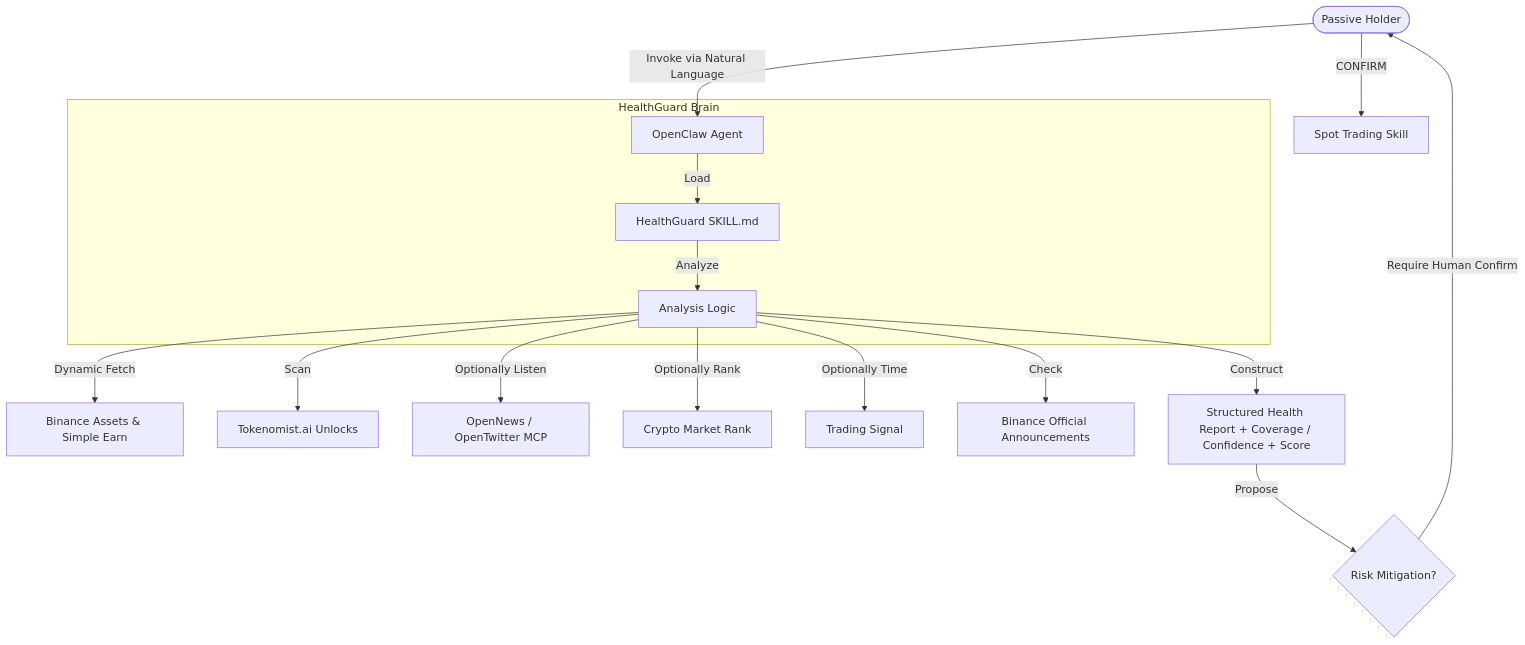
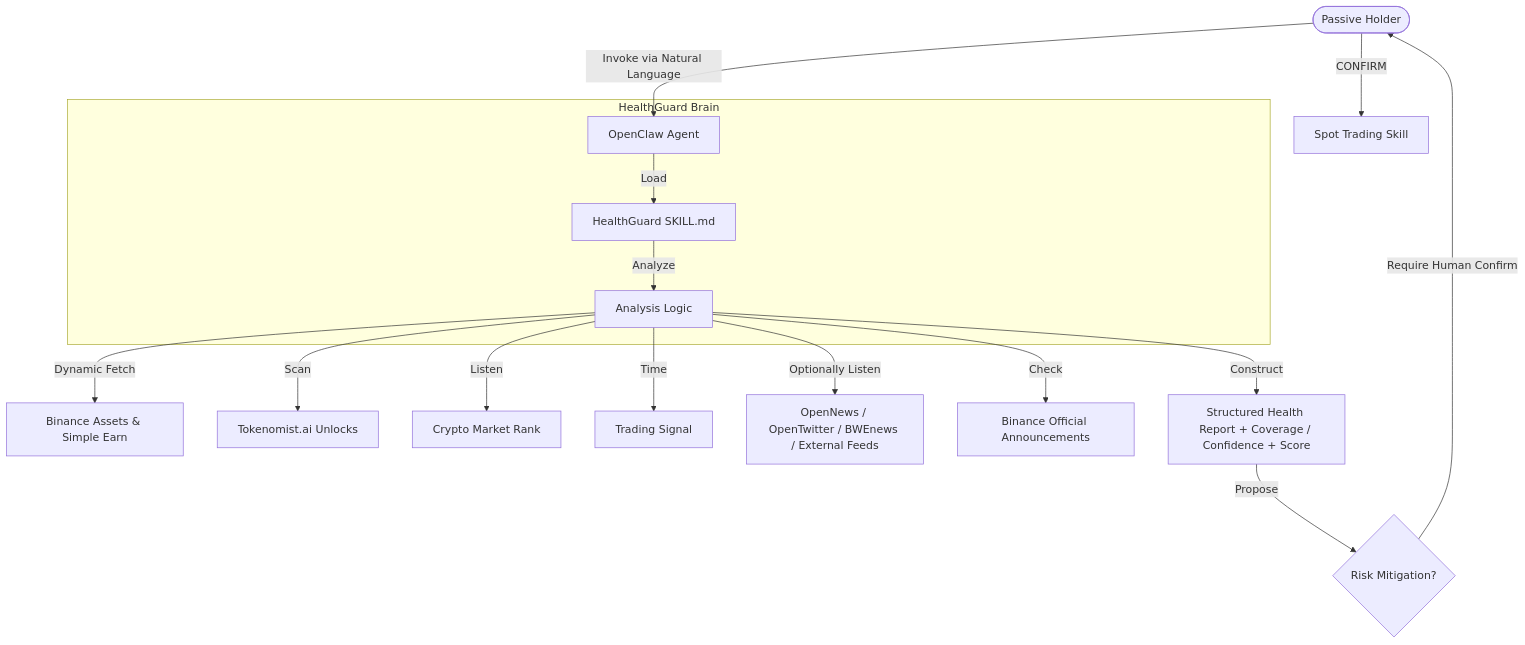
Before and after one commit to funnys1r/Binance-HealthGuard: the diagram in docs/ARCHITECTURE.md, drawn with Mermaid. The commit also changed 3 other files, not shown here.

Commit message:
docs: reclassify market rank and trading signal as core skills

````diff
--- a/docs/ARCHITECTURE.md
+++ b/docs/ARCHITECTURE.md
@@ -6,19 +6,19 @@
 ```mermaid
 graph TD
     User([Passive Holder]) -->|Invoke via Natural Language| Agent[OpenClaw Agent]
     subgraph HealthGuard Brain
         Agent -->|Load| SkillSet[HealthGuard SKILL.md]
         SkillSet -->|Analyze| Orchestrator[Analysis Logic]
     end
     Orchestrator -->|Dynamic Fetch| Assets[Binance Assets & Simple Earn]
     Orchestrator -->|Scan| Economic[Tokenomist.ai Unlocks]
-    Orchestrator -->|Optionally Listen| Social[OpenNews / OpenTwitter MCP]
-    Orchestrator -->|Optionally Rank| Rank[Crypto Market Rank]
-    Orchestrator -->|Optionally Time| Signal[Trading Signal]
+    Orchestrator -->|Listen| CoreRank[Crypto Market Rank]
+    Orchestrator -->|Time| CoreSignal[Trading Signal]
+    Orchestrator -->|Optionally Listen| Social[OpenNews / OpenTwitter / BWEnews / External Feeds]
     Orchestrator -->|Check| Official[Binance Official Announcements]
     
     Orchestrator -->|Construct| Report[Structured Health Report + Coverage / Confidence + Score]
     Report -->|Propose| Action{Risk Mitigation?}
     Action -->|Require Human Confirm| User
     User -->|CONFIRM| Execute[Spot Trading Skill]
 ```
````
